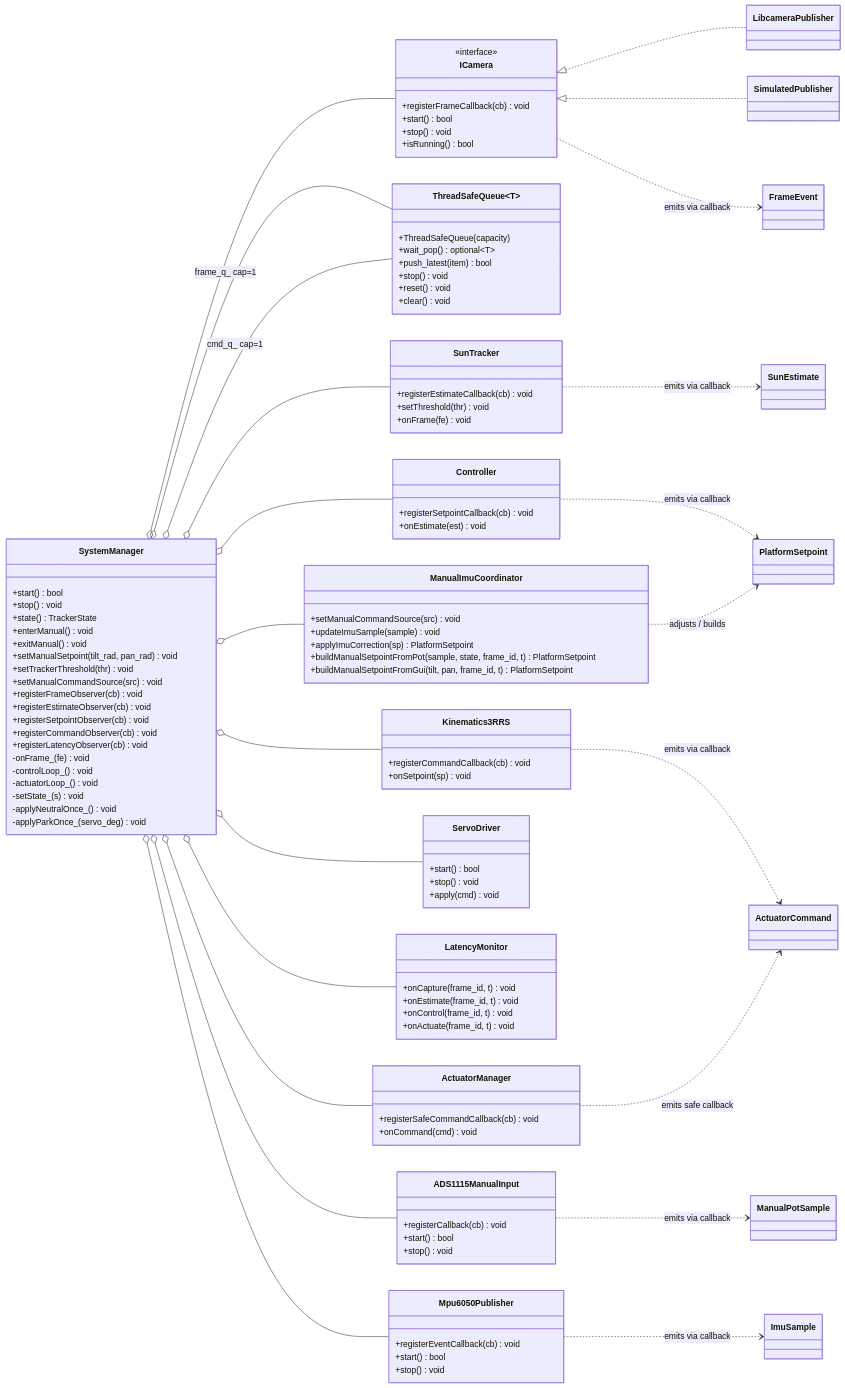
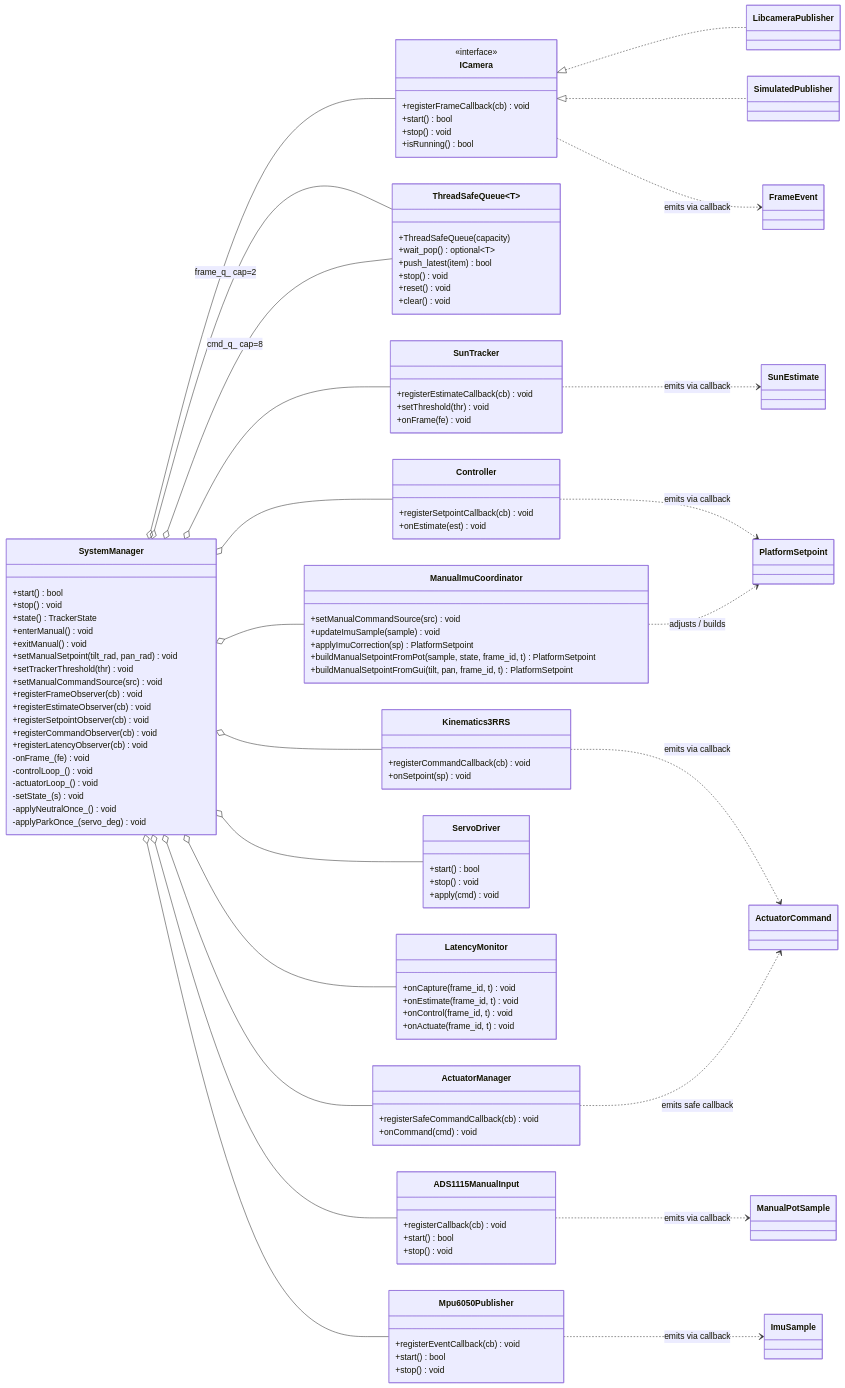
The first of 5 diagrams in docs/system_architecture.md (fadihalteh/sun2), drawn with Mermaid before and after one commit. The commit also changed other lines of this file and 35 other files, not shown here.

```diff
--- a/docs/system_architecture.md
+++ b/docs/system_architecture.md
@@ -154,8 +154,8 @@
 SystemManager o-- ADS1115ManualInput
 SystemManager o-- Mpu6050Publisher
 
-SystemManager o-- ThreadSafeQueue~FrameEvent~ : frame_q_ cap=1
-SystemManager o-- ThreadSafeQueue~ActuatorCommand~ : cmd_q_ cap=1
+SystemManager o-- ThreadSafeQueue~FrameEvent~ : frame_q_ cap=2
+SystemManager o-- ThreadSafeQueue~ActuatorCommand~ : cmd_q_ cap=8
 
 ICamera ..> FrameEvent : emits via callback
 SunTracker ..> SunEstimate : emits via callback
```
